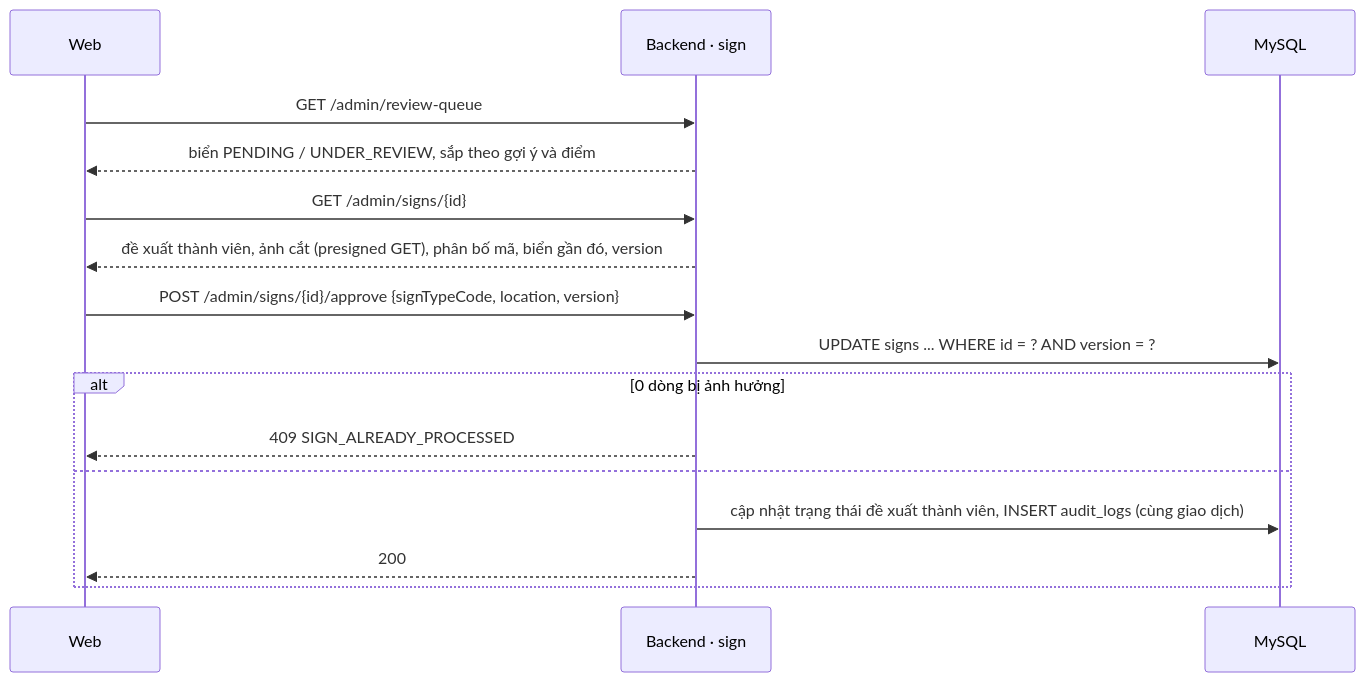
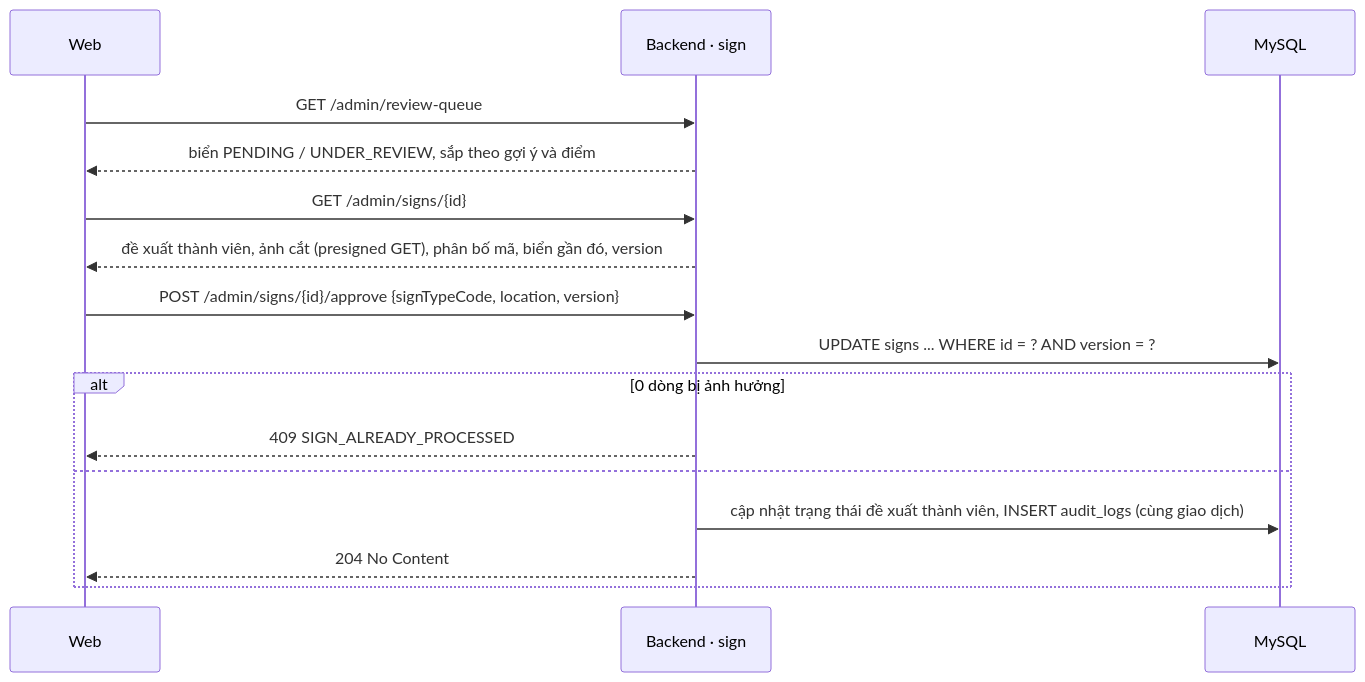
Before and after one commit to hana200804/DA: the sixth of 9 diagrams in docs/03-kien-truc.md, drawn with Mermaid.

Commit message:
docs: thao tác duyệt trả 204 trong sơ đồ phê duyệt

````diff
--- a/docs/03-kien-truc.md
+++ b/docs/03-kien-truc.md
@@ -186,19 +186,19 @@
 ```mermaid
 sequenceDiagram
     participant Web
     participant BE as Backend · sign
     participant DB as MySQL
 
     Web->>BE: GET /admin/review-queue
     BE-->>Web: biển PENDING / UNDER_REVIEW, sắp theo gợi ý và điểm
     Web->>BE: GET /admin/signs/{id}
     BE-->>Web: đề xuất thành viên, ảnh cắt (presigned GET), phân bố mã, biển gần đó, version
     Web->>BE: POST /admin/signs/{id}/approve {signTypeCode, location, version}
     BE->>DB: UPDATE signs ... WHERE id = ? AND version = ?
     alt 0 dòng bị ảnh hưởng
         BE-->>Web: 409 SIGN_ALREADY_PROCESSED
     else
         BE->>DB: cập nhật trạng thái đề xuất thành viên, INSERT audit_logs (cùng giao dịch)
-        BE-->>Web: 200
+        BE-->>Web: 204 No Content
     end
 ```
````
